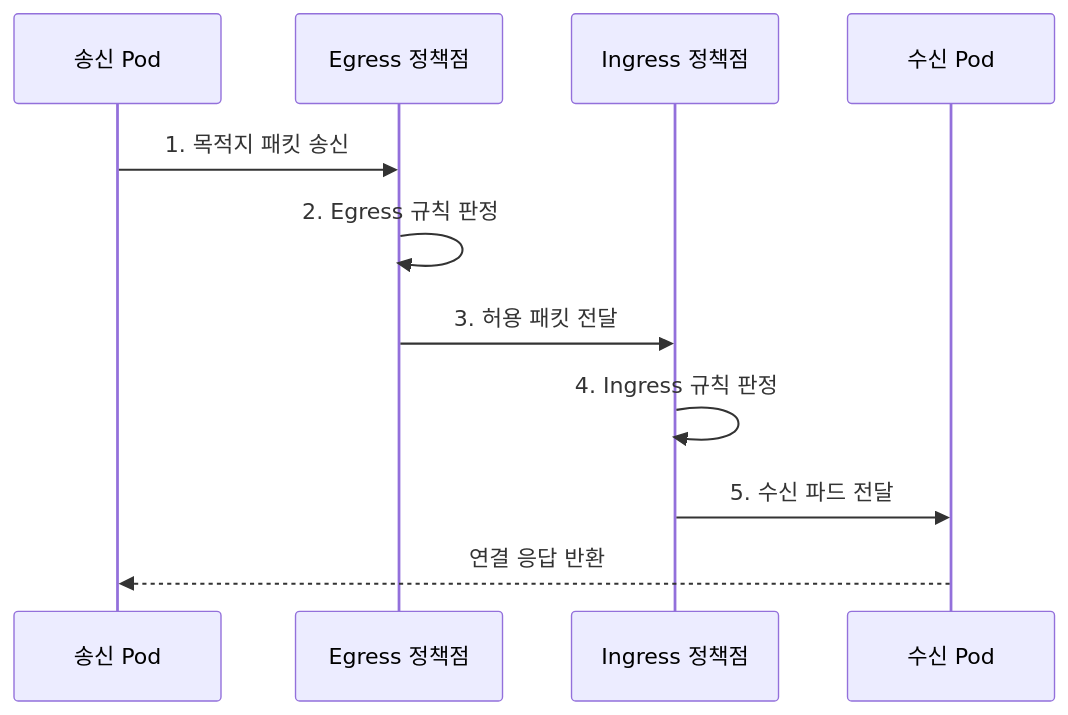
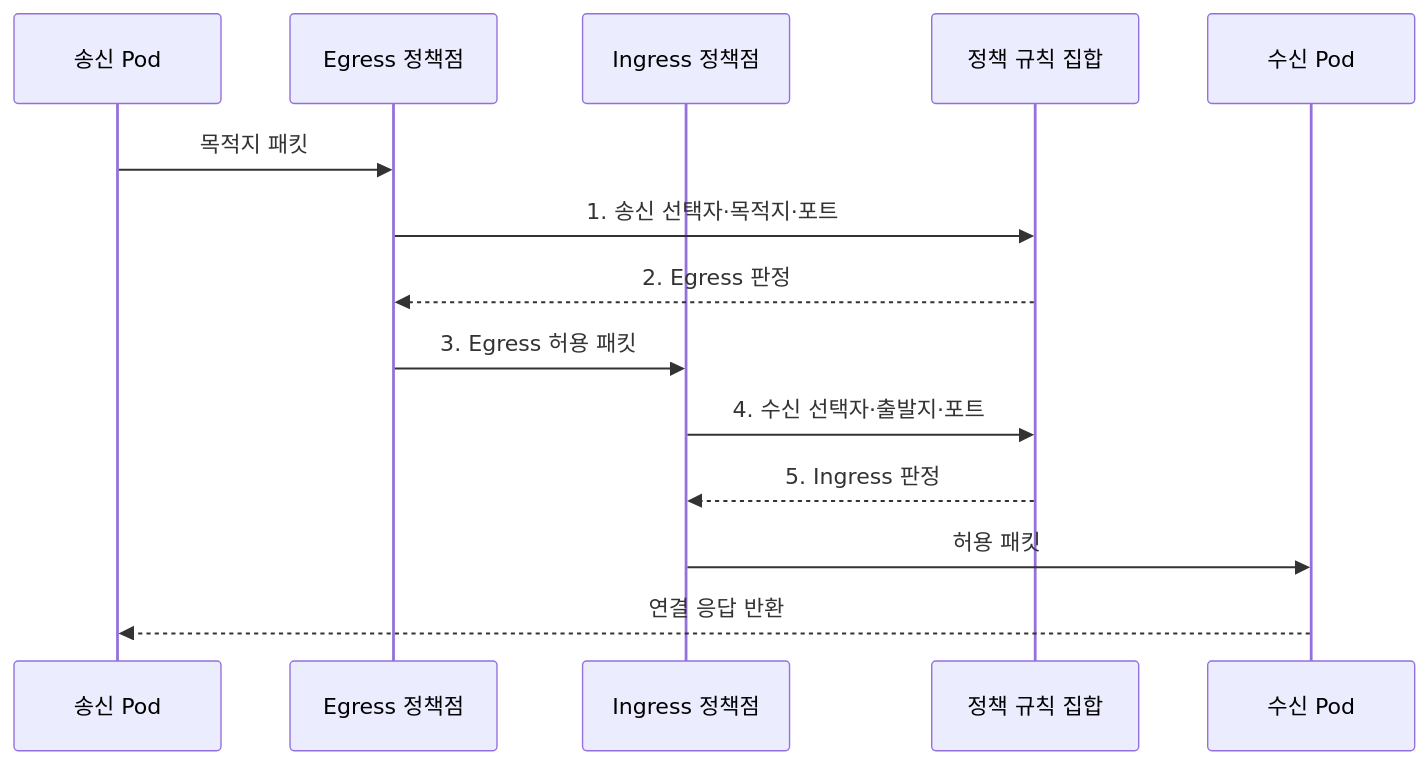
One commit to agnusdei1207/knowledge-base changed the second of 2 diagrams in src/content/docs/notes/03-software/156_kubernetes_networkpolicy_cni.md. Above: the diagram before and after it, drawn with Mermaid. The commit also changed other lines of this file and 20 other files, not shown here.

````diff
--- a/src/content/docs/notes/03-software/156_kubernetes_networkpolicy_cni.md
+++ b/src/content/docs/notes/03-software/156_kubernetes_networkpolicy_cni.md
@@ -83,13 +86,16 @@
 ```mermaid
 sequenceDiagram
     participant S as 송신 Pod
     participant E as Egress 정책점
     participant I as Ingress 정책점
+    participant P as 정책 규칙 집합
     participant D as 수신 Pod
-    S->>E: 1. 목적지 패킷 송신
-    E->>E: 2. Egress 규칙 판정
-    E->>I: 3. 허용 패킷 전달
-    I->>I: 4. Ingress 규칙 판정
-    I->>D: 5. 수신 파드 전달
+    S->>E: 목적지 패킷
+    E->>P: 1. 송신 선택자·목적지·포트
+    P-->>E: 2. Egress 판정
+    E->>I: 3. Egress 허용 패킷
+    I->>P: 4. 수신 선택자·출발지·포트
+    P-->>I: 5. Ingress 판정
+    I->>D: 허용 패킷
     D-->>S: 연결 응답 반환
 ```
````
